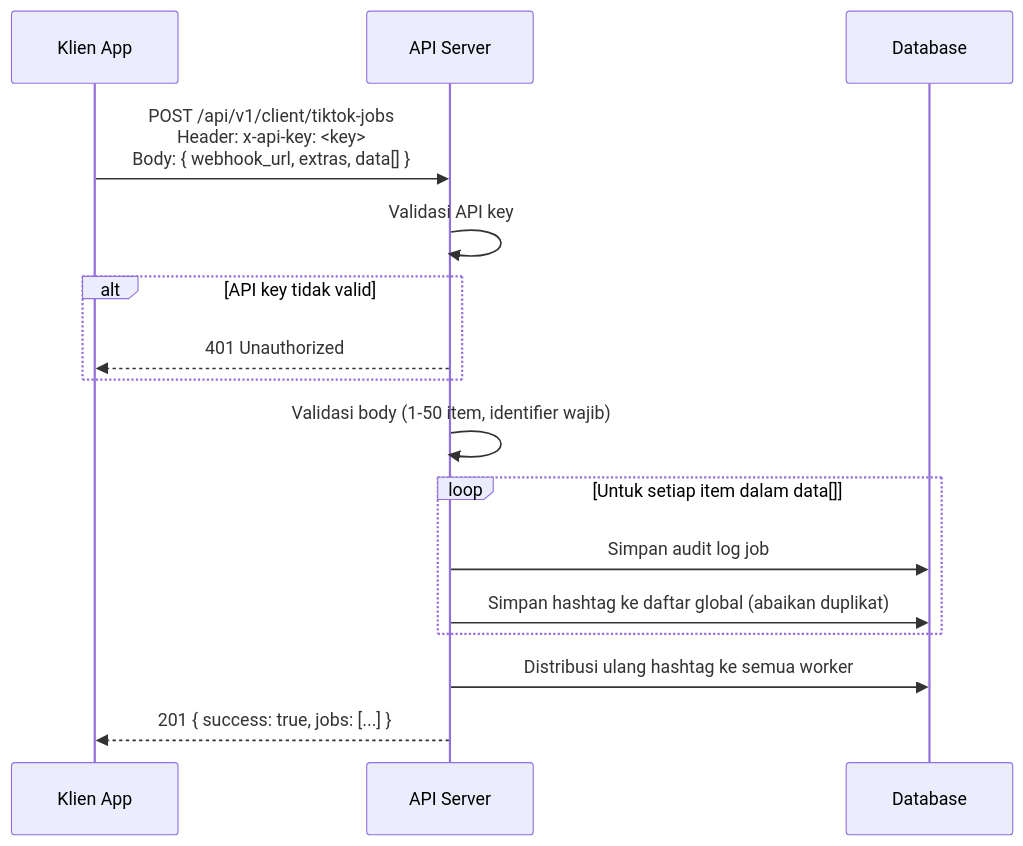
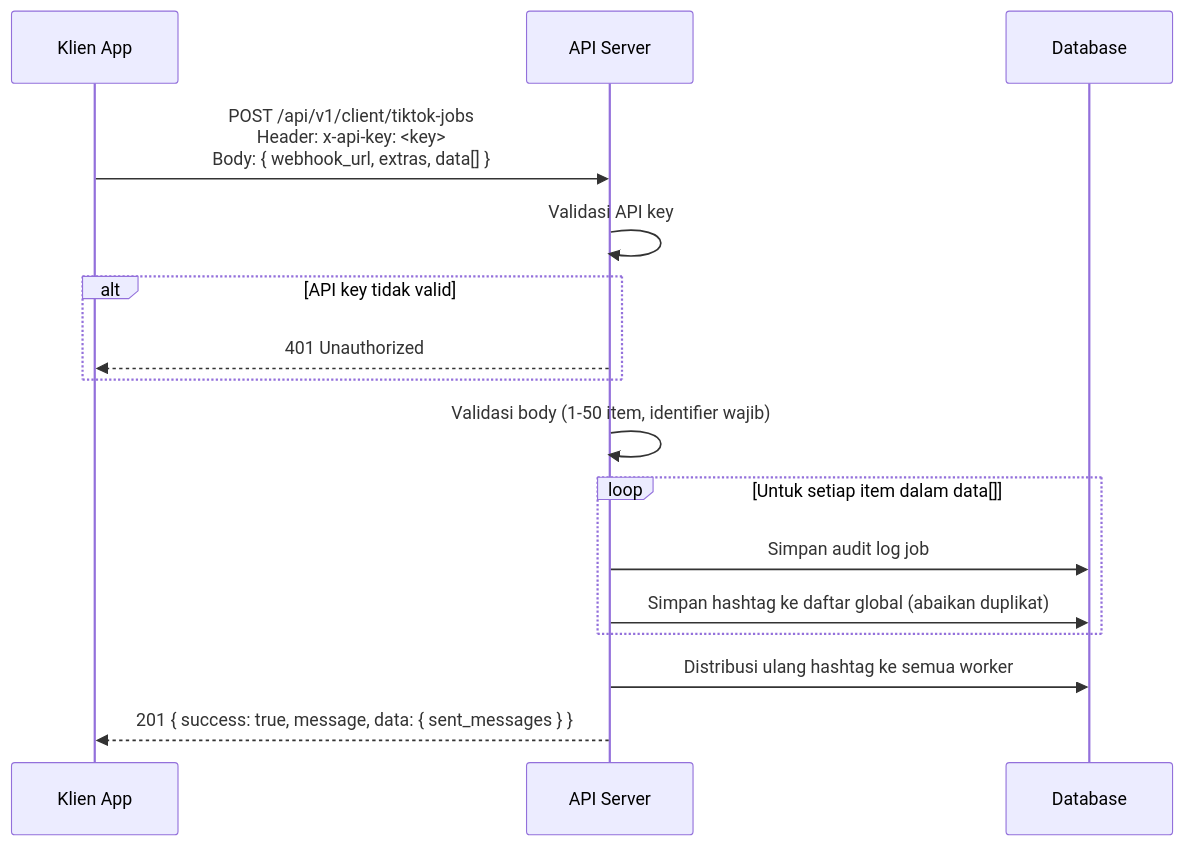
The second of 4 diagrams in docs/tiktok-scraper-flow.md (AjiNugroho/scraper_next_fair), drawn with Mermaid before and after one commit. The commit also changed other lines of this file and 3 other files, not shown here.

````diff
--- a/docs/tiktok-scraper-flow.md
+++ b/docs/tiktok-scraper-flow.md
@@ -161,24 +161,24 @@
 ```mermaid
 sequenceDiagram
     participant C as Klien App
     participant API as API Server
     participant DB as Database
 
     C->>API: POST /api/v1/client/tiktok-jobs<br/>Header: x-api-key: <key><br/>Body: { webhook_url, extras, data[] }
 
     API->>API: Validasi API key
     alt API key tidak valid
         API-->>C: 401 Unauthorized
     end
 
     API->>API: Validasi body (1-50 item, identifier wajib)
 
     loop Untuk setiap item dalam data[]
         API->>DB: Simpan audit log job
         API->>DB: Simpan hashtag ke daftar global (abaikan duplikat)
     end
 
     API->>DB: Distribusi ulang hashtag ke semua worker
 
-    API-->>C: 201 { success: true, jobs: [...] }
+    API-->>C: 201 { success: true, message, data: { sent_messages } }
 ```
````
